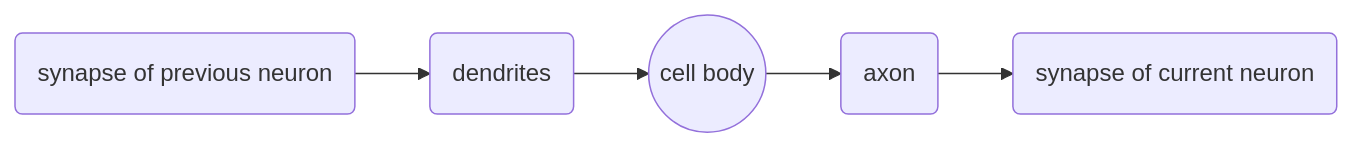
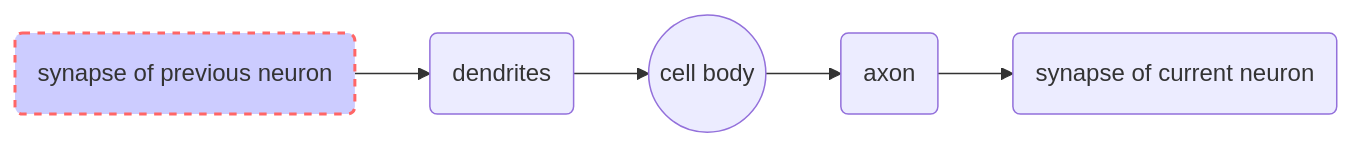
The first of 2 diagrams in ai/ml-notes/deep-learning-notes/dl-notes.md (afondiel/computer-science-notebook), drawn with Mermaid before and after one commit.

Commit message:
Happy New Year 2023: update biological neuron graph

````diff
--- a/ai/ml-notes/deep-learning-notes/dl-notes.md
+++ b/ai/ml-notes/deep-learning-notes/dl-notes.md
@@ -11,7 +11,8 @@
 ```mermaid
   graph LR;
     A(synapse of previous neuron)-->B(dendrites);
     B-->C((cell body));
     C-->D(axon);    
     D-->E(synapse of current neuron);
+    style A fill:#ccf,stroke:#f66,stroke-width:2px,stroke-dasharray: 5, 5;
 ```
````
